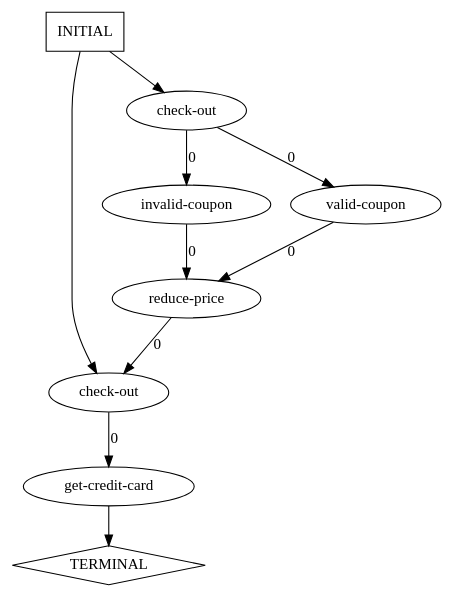
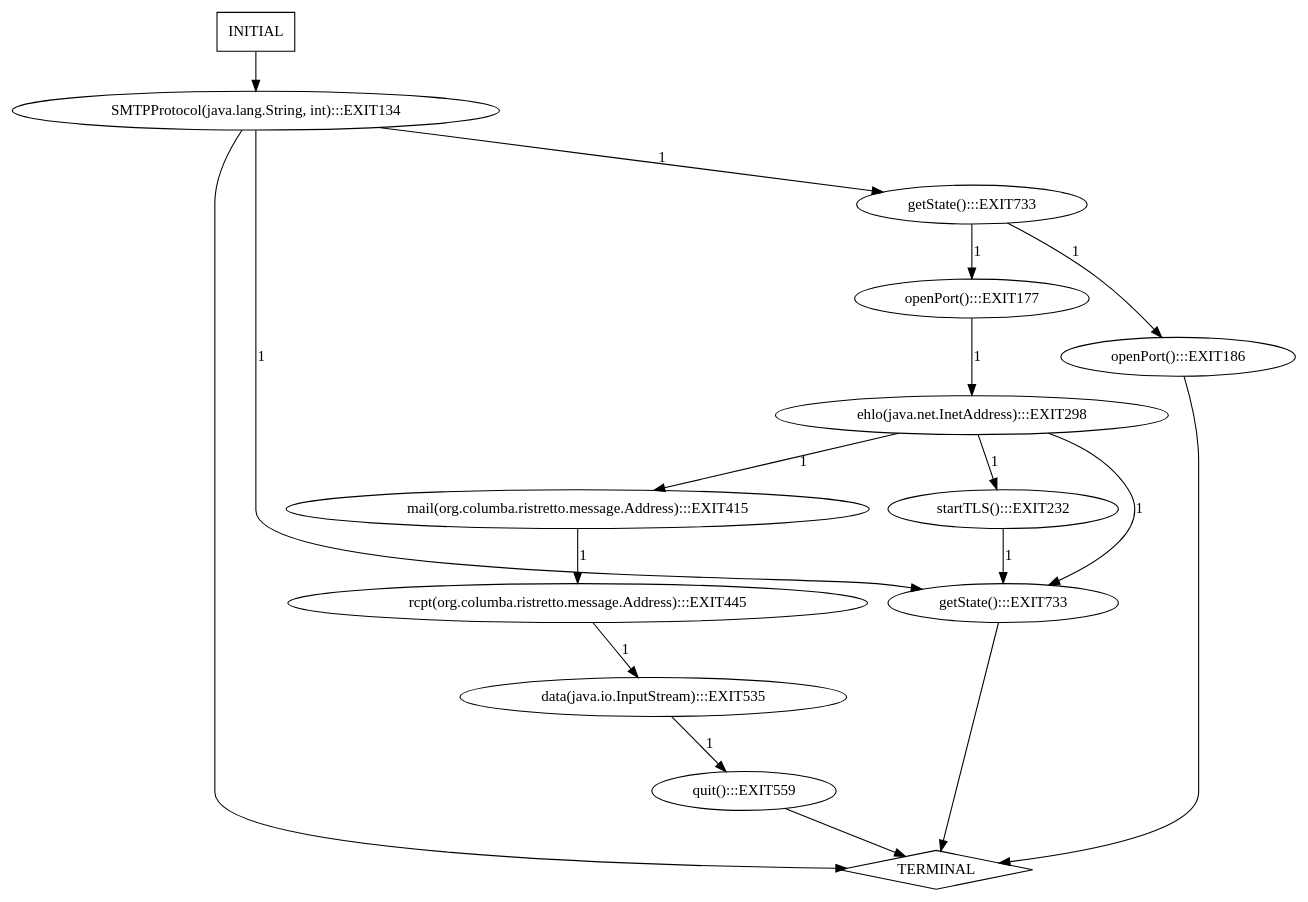
The diagram in bestchai-perfume-frontend-85f927d03b0c/tmp/perfumetest.dot (annadeng/Universal-Model-Inference), drawn with Graphviz before and after one commit. The commit also changed 19 other files, not shown here.

```diff
--- a/bestchai-perfume-frontend-85f927d03b0c/tmp/perfumetest.dot
+++ b/bestchai-perfume-frontend-85f927d03b0c/tmp/perfumetest.dot
@@ -1,19 +1,32 @@
 digraph G {
-  0 [label="check-out"];
-  1 [label="check-out"];
-  2 [label="get-credit-card"];
-  3 [label="invalid-coupon"];
-  4 [label="reduce-price"];
-  5 [label="valid-coupon"];
-  6 [label="TERMINAL",shape=diamond];
-  7 [label="INITIAL",shape=box];
-0->2 [label="0"];
-1->3 [label="0"];
-1->5 [label="0"];
-2->6 [label=""];
-3->4 [label="0"];
-4->0 [label="0"];
-5->4 [label="0"];
-7->0 [label=""];
-7->1 [label=""];
+  0 [label="SMTPProtocol(java.lang.String, int):::EXIT134"];
+  1 [label="data(java.io.InputStream):::EXIT535"];
+  2 [label="ehlo(java.net.InetAddress):::EXIT298"];
+  3 [label="getState():::EXIT733"];
+  4 [label="getState():::EXIT733"];
+  5 [label="mail(org.columba.ristretto.message.Address):::EXIT415"];
+  6 [label="openPort():::EXIT177"];
+  7 [label="openPort():::EXIT186"];
+  8 [label="quit():::EXIT559"];
+  9 [label="rcpt(org.columba.ristretto.message.Address):::EXIT445"];
+  10 [label="startTLS():::EXIT232"];
+  11 [label="TERMINAL",shape=diamond];
+  12 [label="INITIAL",shape=box];
+0->3 [label="1"];
+0->4 [label="1"];
+0->11 [label=""];
+1->8 [label="1"];
+2->3 [label="1"];
+2->5 [label="1"];
+2->10 [label="1"];
+3->11 [label=""];
+4->6 [label="1"];
+4->7 [label="1"];
+5->9 [label="1"];
+6->2 [label="1"];
+7->11 [label=""];
+8->11 [label=""];
+9->1 [label="1"];
+10->3 [label="1"];
+12->0 [label=""];
 }
```
